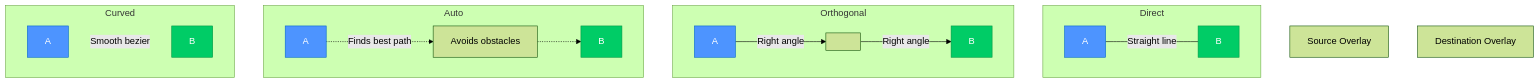
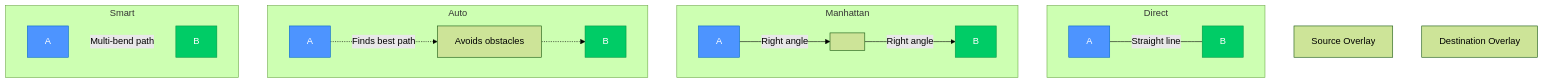
One commit to snootched/lcards changed the fourth of 4 diagrams in doc/cards/msd/line-overlay.md. Above: the diagram before and after it, drawn with Mermaid (forest theme). The commit also changed other lines of this file and 28 other files, not shown here.

````diff
--- a/doc/cards/msd/line-overlay.md
+++ b/doc/cards/msd/line-overlay.md
@@ -500,32 +500,32 @@
 ```mermaid
 graph TD
     A[Source Overlay]
     B[Destination Overlay]
 
     subgraph "Direct"
         A1[A] ---|Straight line| B1[B]
     end
 
-    subgraph "Orthogonal"
+    subgraph "Manhattan"
         A2[A] -->|Right angle| Mid1[ ]
         Mid1 -->|Right angle| B2[B]
     end
 
     subgraph "Auto"
         A3[A] -.->|Finds best path| Avoid[Avoids obstacles]
         Avoid -.-> B3[B]
     end
 
-    subgraph "Curved"
-        A4[A] ~~~|Smooth bezier| B4[B]
+    subgraph "Smart"
+        A4[A] ~~~|Multi-bend path| B4[B]
     end
 
     style A1 fill:#4d94ff,stroke:#0066cc,color:#fff
     style A2 fill:#4d94ff,stroke:#0066cc,color:#fff
     style A3 fill:#4d94ff,stroke:#0066cc,color:#fff
     style A4 fill:#4d94ff,stroke:#0066cc,color:#fff
     style B1 fill:#00cc66,stroke:#009944,color:#fff
     style B2 fill:#00cc66,stroke:#009944,color:#fff
     style B3 fill:#00cc66,stroke:#009944,color:#fff
     style B4 fill:#00cc66,stroke:#009944,color:#fff
 ```
````
